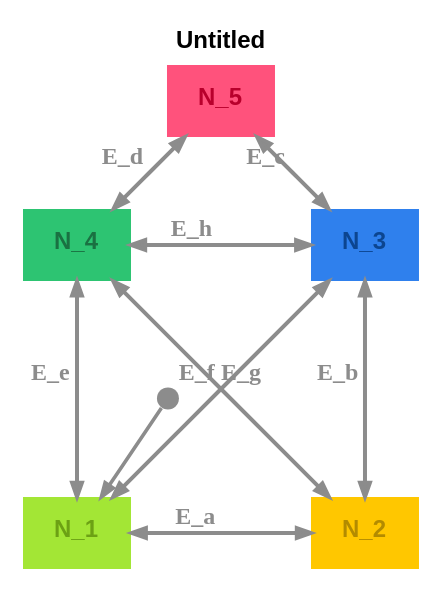
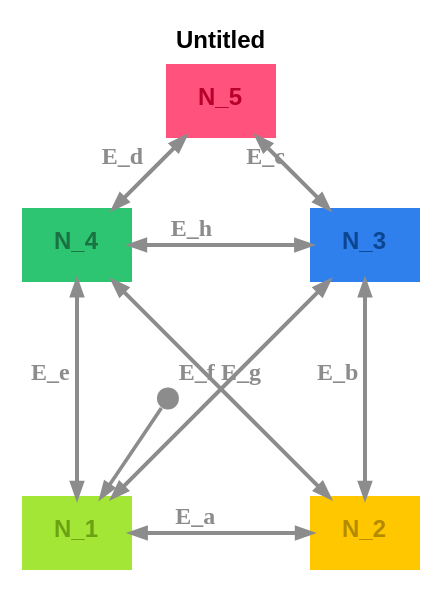
One commit to m-bock/purescript-transit changed the diagram in graphs/house-of-santa-claus.dot. Above: the diagram before and after it, drawn with Graphviz. The commit also changed 25 other files, not shown here.

Commit message:
Refactor graph definitions to enhance visual consistency by updating color attributes for nodes and edges across various dot and svg files. Adjust pen widths and color settings in the Door, Color Ring, and House of Santa Claus examples for improved clarity and aesthetics.

```diff
--- a/graphs/house-of-santa-claus.dot
+++ b/graphs/house-of-santa-claus.dot
@@ -1,20 +1,20 @@
 digraph 
 {
-rankdir = "TD";fontname = "Arial";label = <<b>Untitled</b>>;labelloc = "t";fontsize = 12;bgcolor = "#ffffff"
+rankdir = "TD";fontname = "Arial";label = <<b>Untitled</b>>;labelloc = "t";fontsize = 12;bgcolor = "#ffffff";fontcolor = "#000000"
 layout=neato
-N_1 [pos="0,0!",shape = "box", label = <<b>N_1</b>>, fontsize = 12, style = "filled", fillcolor = "#a3e635", fontcolor = "#6ca114", fontname = "Arial", labelloc = "c", penwidth = 0.0]
+N_1 [pos="0,0!",shape = "box", label = <<b>N_1</b>>, fontsize = 12, style = "filled", fillcolor = "#a3e635", fontcolor = "#6ca114", color = "#a3e635", fontname = "Arial", labelloc = "c", penwidth = 1.0]
 __Start__ [shape = "circle", label = "", width = 0.15, height = 0.15, fixedsize = true, style = "filled", fillcolor = "#8c8c8c", penwidth = 0.0]
 __Start__ -> N_1 [color = "#8c8c8c", fontsize = 12, arrowsize = "0.7", penwidth = 1.8]
-N_2 [pos="2,0!",shape = "box", label = <<b>N_2</b>>, fontsize = 12, style = "filled", fillcolor = "#ffc700", fontcolor = "#b38b00", fontname = "Arial", labelloc = "c", penwidth = 0.0]
+N_2 [pos="2,0!",shape = "box", label = <<b>N_2</b>>, fontsize = 12, style = "filled", fillcolor = "#ffc700", fontcolor = "#b38b00", color = "#ffc700", fontname = "Arial", labelloc = "c", penwidth = 1.0]
 N_2 -> N_1 [color = "#8c8c8c", fontcolor = "#8c8c8c", fontsize = 12, label = <<b>E_a</b>>, arrowsize = "1.5", penwidth = 2.0, dir = "both", arrowsize = "0.7"]
-N_3 [pos="2,2!",shape = "box", label = <<b>N_3</b>>, fontsize = 12, style = "filled", fillcolor = "#2f80ed", fontcolor = "#0c4590", fontname = "Arial", labelloc = "c", penwidth = 0.0]
+N_3 [pos="2,2!",shape = "box", label = <<b>N_3</b>>, fontsize = 12, style = "filled", fillcolor = "#2f80ed", fontcolor = "#0c4590", color = "#2f80ed", fontname = "Arial", labelloc = "c", penwidth = 1.0]
 N_3 -> N_2 [color = "#8c8c8c", fontcolor = "#8c8c8c", fontsize = 12, label = <<b>E_b</b>>, arrowsize = "1.5", penwidth = 2.0, dir = "both", arrowsize = "0.7"]
 N_3 -> N_1 [color = "#8c8c8c", fontcolor = "#8c8c8c", fontsize = 12, label = <<b>E_f</b>>, arrowsize = "1.5", penwidth = 2.0, dir = "both", arrowsize = "0.7"]
-N_5 [pos="1,3!",shape = "box", label = <<b>N_5</b>>, fontsize = 12, style = "filled", fillcolor = "#ff527c", fontcolor = "#b8002c", fontname = "Arial", labelloc = "c", penwidth = 0.0]
+N_5 [pos="1,3!",shape = "box", label = <<b>N_5</b>>, fontsize = 12, style = "filled", fillcolor = "#ff527c", fontcolor = "#b8002c", color = "#ff527c", fontname = "Arial", labelloc = "c", penwidth = 1.0]
 N_5 -> N_3 [color = "#8c8c8c", fontcolor = "#8c8c8c", fontsize = 12, label = <<b>E_c</b>>, arrowsize = "1.5", penwidth = 2.0, dir = "both", arrowsize = "0.7"]
 N_5 -> N_4 [color = "#8c8c8c", fontcolor = "#8c8c8c", fontsize = 12, label = <<b>E_d</b>>, arrowsize = "1.5", penwidth = 2.0, dir = "both", arrowsize = "0.7"]
-N_4 [pos="0,2!",shape = "box", label = <<b>N_4</b>>, fontsize = 12, style = "filled", fillcolor = "#2dc472", fontcolor = "#1a7142", fontname = "Arial", labelloc = "c", penwidth = 0.0]
+N_4 [pos="0,2!",shape = "box", label = <<b>N_4</b>>, fontsize = 12, style = "filled", fillcolor = "#2dc472", fontcolor = "#1a7142", color = "#2dc472", fontname = "Arial", labelloc = "c", penwidth = 1.0]
 N_4 -> N_1 [color = "#8c8c8c", fontcolor = "#8c8c8c", fontsize = 12, label = <<b>E_e</b>>, arrowsize = "1.5", penwidth = 2.0, dir = "both", arrowsize = "0.7"]
 N_4 -> N_2 [color = "#8c8c8c", fontcolor = "#8c8c8c", fontsize = 12, label = <<b>E_g</b>>, arrowsize = "1.5", penwidth = 2.0, dir = "both", arrowsize = "0.7"]
 N_4 -> N_3 [color = "#8c8c8c", fontcolor = "#8c8c8c", fontsize = 12, label = <<b>E_h</b>>, arrowsize = "1.5", penwidth = 2.0, dir = "both", arrowsize = "0.7"]
 }
```
